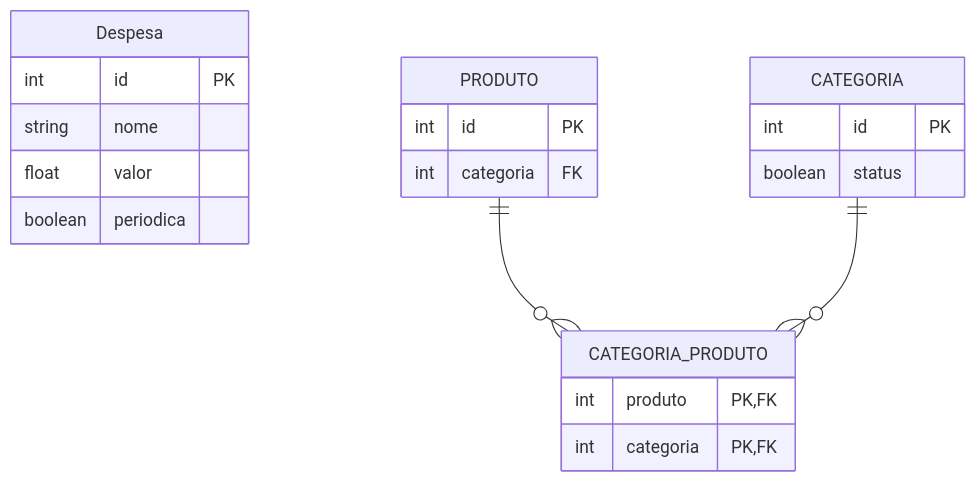
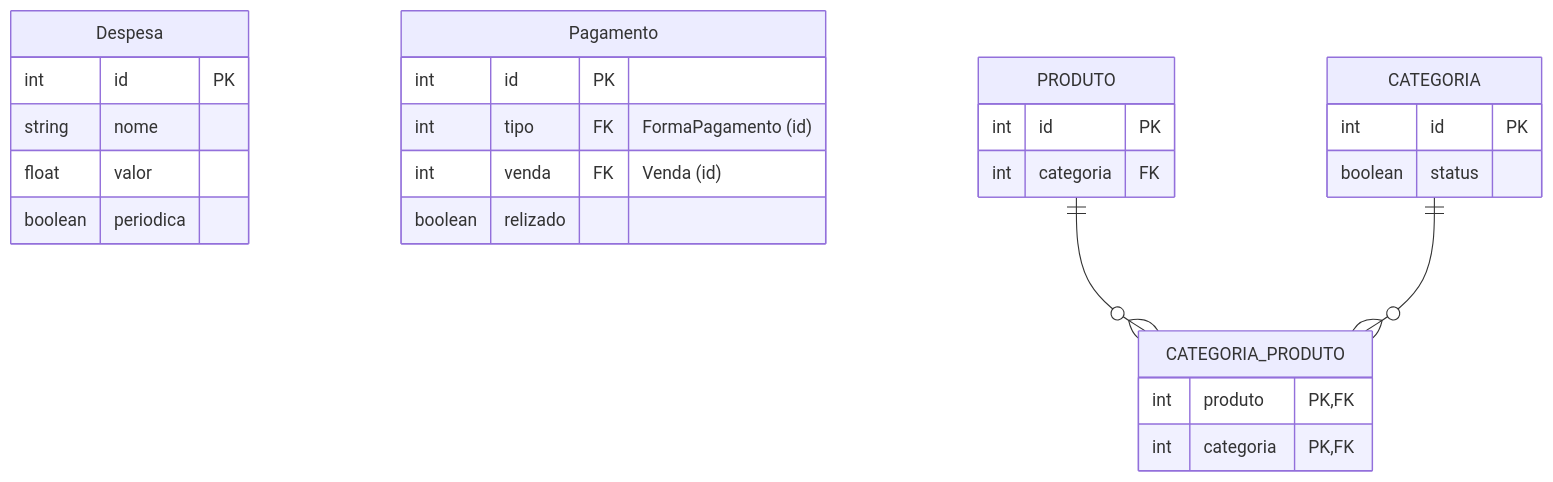
Before and after one commit to Control-Cash/controlcash: the diagram in docs/documento-de-modelos.md, drawn with Mermaid.

Commit message:
Adiciona atributos da tabela Pagamento #32

````diff
--- a/docs/documento-de-modelos.md
+++ b/docs/documento-de-modelos.md
@@ -5,27 +5,34 @@
 ```mermaid
 erDiagram
   Despesa {
     int id PK
     string nome
     float valor
     boolean periodica
+  }
+
+  Pagamento {
+    int id PK
+    int tipo FK "FormaPagamento (id)"
+    int venda FK "Venda (id)"
+    boolean relizado
   }
 
   PRODUTO {
     int id PK
     int categoria FK
   }
 
   CATEGORIA_PRODUTO {
     int produto PK, FK
     int categoria PK, FK
   }
 
   CATEGORIA {
     int id PK
     boolean status
   }
 
   PRODUTO ||--o{ CATEGORIA_PRODUTO : ""
   CATEGORIA ||--o{ CATEGORIA_PRODUTO : ""
 ```
````
